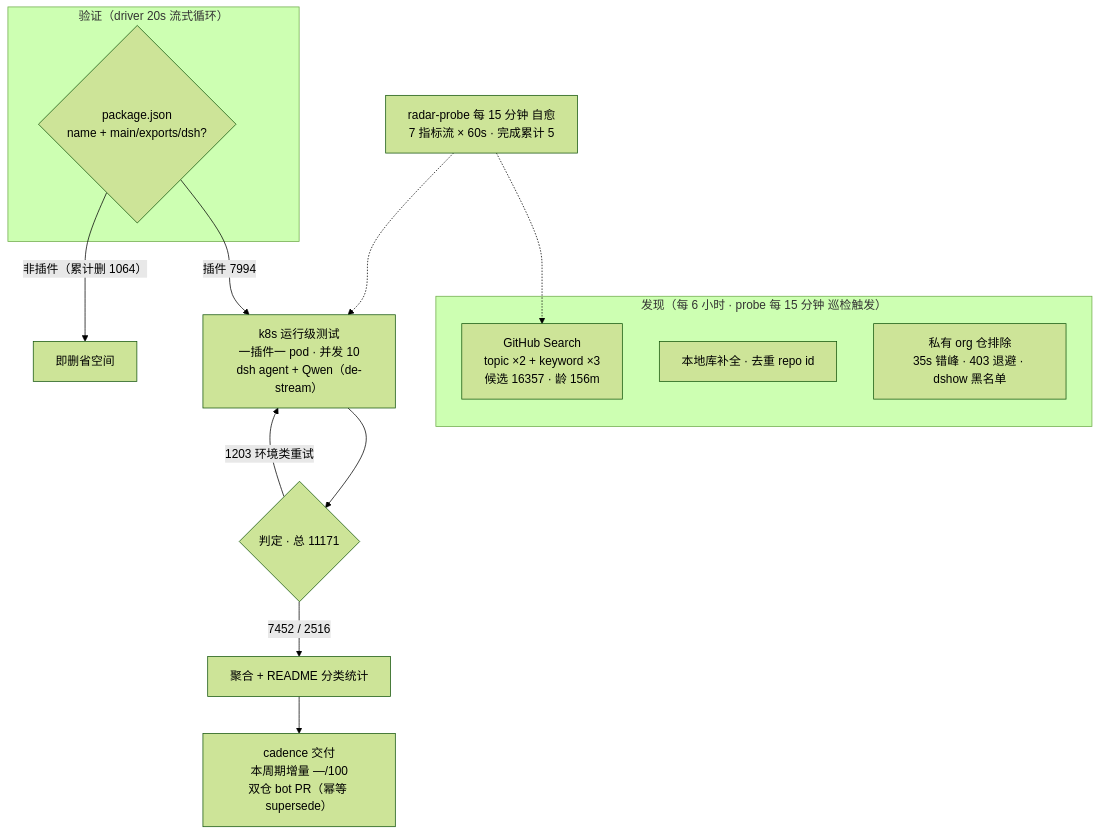
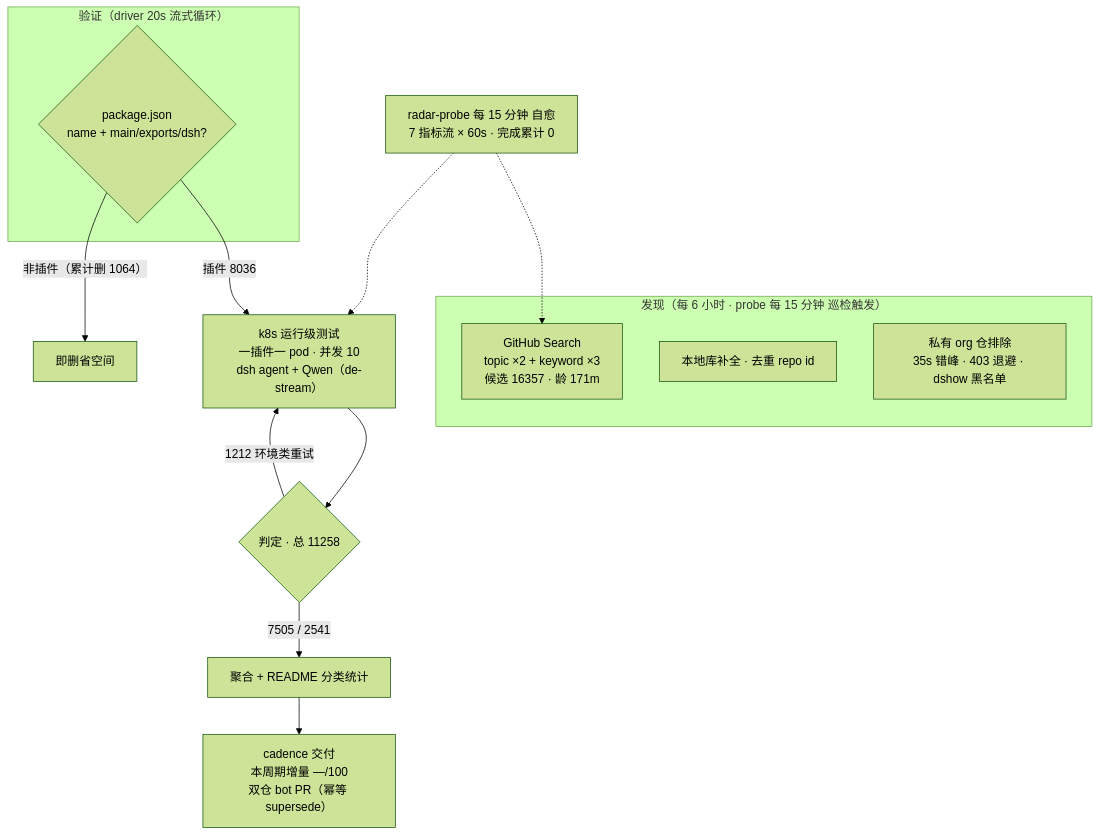
Before and after one commit to Zhidao-Lab-OSS/awesome-dsh-plugins: the diagram in README.md, drawn with Mermaid (forest theme). The commit also changed other lines of this file and 1 other file, not shown here.

````diff
--- a/README.md
+++ b/README.md
@@ -52,20 +52,20 @@
 ```mermaid
 flowchart TB
     subgraph Discovery["发现（每 6 小时 · probe 每 15 分钟 巡检触发）"]
-        A1["GitHub Search<br/>topic ×2 + keyword ×3<br/>候选 16357 · 龄 156m"]
+        A1["GitHub Search<br/>topic ×2 + keyword ×3<br/>候选 16357 · 龄 171m"]
         A2["本地库补全 · 去重 repo id"]
         A3["私有 org 仓排除<br/>35s 错峰 · 403 退避 · dshow 黑名单"]
     end
     subgraph Validation["验证（driver 20s 流式循环）"]
         B1{"package.json<br/>name + main/exports/dsh?"}
     end
-    B1 -->|"插件 7994"| C1["k8s 运行级测试<br/>一插件一 pod · 并发 10<br/>dsh agent + Qwen（de-stream）"]
+    B1 -->|"插件 8036"| C1["k8s 运行级测试<br/>一插件一 pod · 并发 10<br/>dsh agent + Qwen（de-stream）"]
     B1 -->|"非插件（累计删 1064）"| B3["即删省空间"]
-    C1 --> D1{"判定 · 总 11171"}
-    D1 -->|"7452 / 2516"| E1["聚合 + README 分类统计"]
-    D1 -->|"1203 环境类重试"| C1
+    C1 --> D1{"判定 · 总 11258"}
+    D1 -->|"7505 / 2541"| E1["聚合 + README 分类统计"]
+    D1 -->|"1212 环境类重试"| C1
     E1 --> E2["cadence 交付<br/>本周期增量 —/100<br/>双仓 bot PR（幂等 supersede）"]
-    M["radar-probe 每 15 分钟 自愈<br/>7 指标流 × 60s · 完成累计 5"]
+    M["radar-probe 每 15 分钟 自愈<br/>7 指标流 × 60s · 完成累计 0"]
     M -.-> A1
     M -.-> C1
 ```
````
